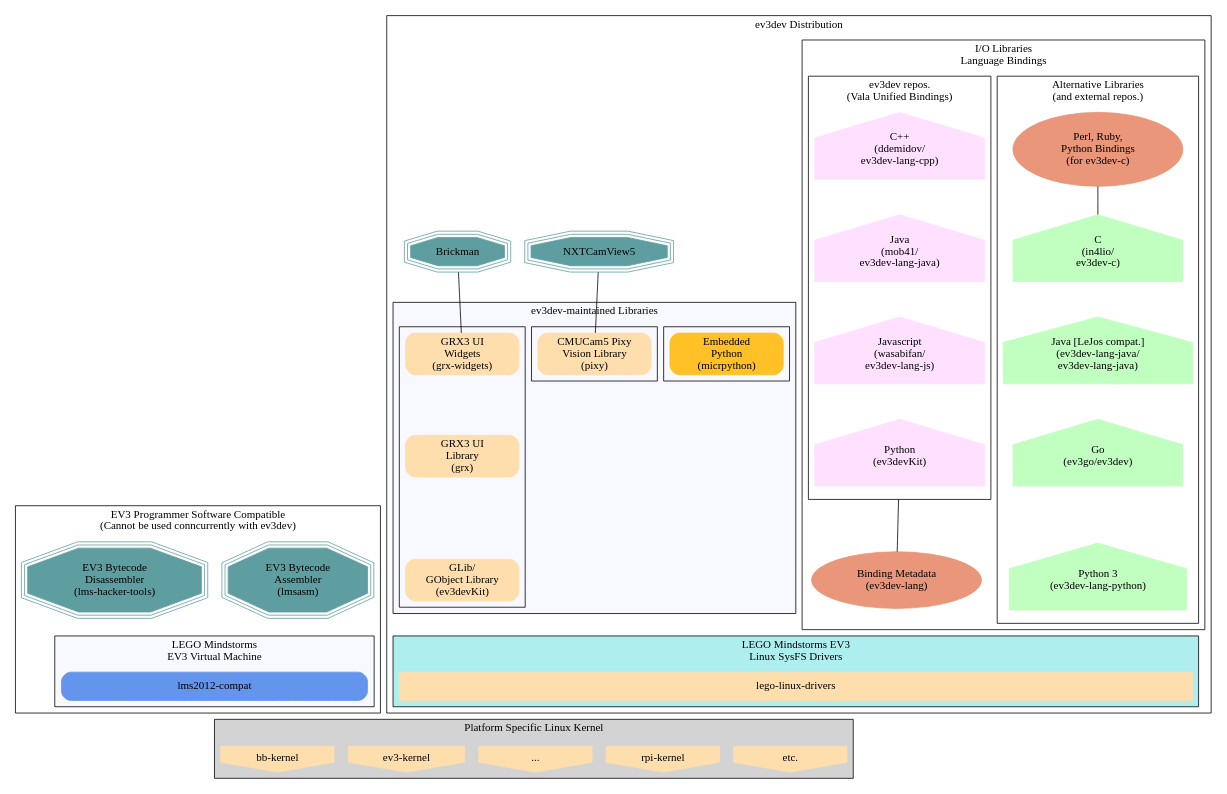
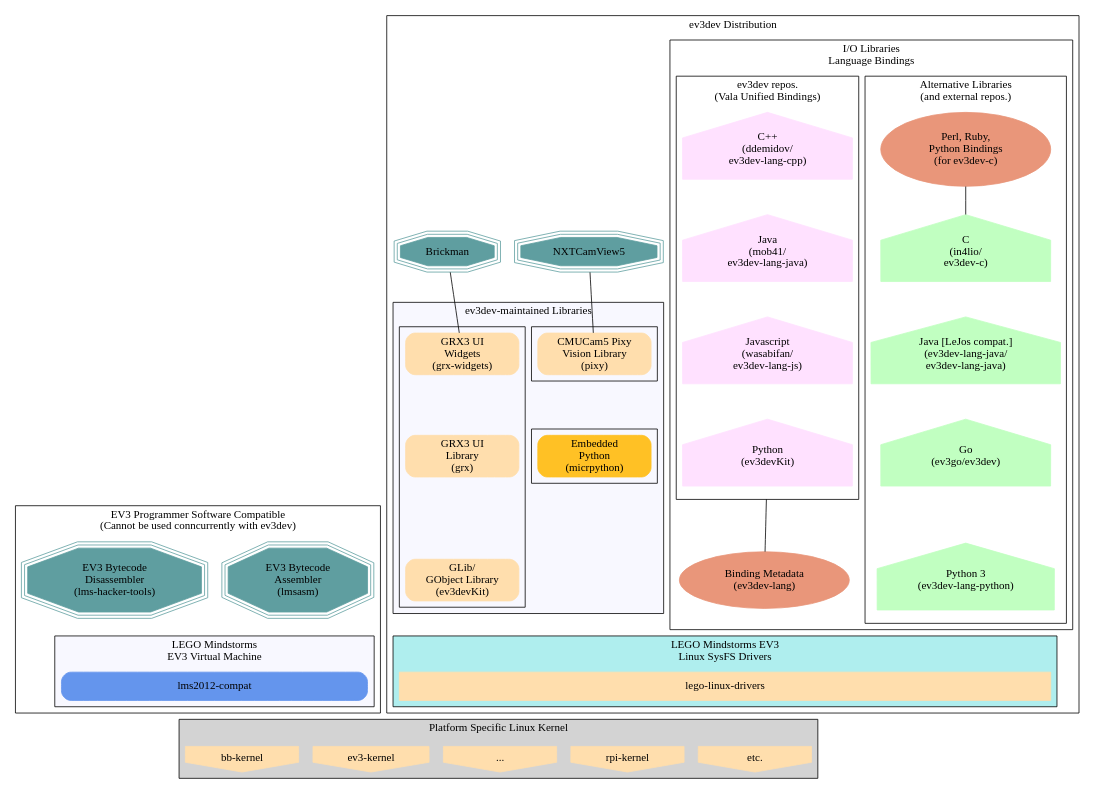
One commit to ev3dev/edu-docs changed the diagram in images/ev3dev-related-repositories.dot. Above: the diagram before and after it, drawn with Graphviz. The commit also changed 3 other files, not shown here.

```diff
--- a/images/ev3dev-related-repositories.dot
+++ b/images/ev3dev-related-repositories.dot
@@ -1,117 +1,117 @@
 graph G {
 	compound=true;
 	arrowType=none;
 	node [shape=rect];
 	edge [penwidth=0,minlen=1];
 
 
-	subgraph cluster_10 {
+	subgraph cluster_12 {
 		label = "EV3 Programmer Software Compatible\n(Cannot be used conncurrently with ev3dev)"
 		node [shape=tripleoctagon,style="filled",color=cadetblue,width=2.4];
 		"EV3 Bytecode\nAssembler\n(lmsasm)"; "EV3 Bytecode\nDisassembler\n(lms-hacker-tools)";
 
-		subgraph cluster_9 {
+		subgraph cluster_11 {
 			style=filled;
 			fillcolor=ghostwhite;
 			label="LEGO Mindstorms\nEV3 Virtual Machine";
 			node [shape=rect,style="filled,rounded",color=cornflowerblue,width=5.4];
 			"lms2012-compat";
 		};
 		{"EV3 Bytecode\nAssembler\n(lmsasm)" "EV3 Bytecode\nDisassembler\n(lms-hacker-tools)"}--"lms2012-compat";
 	};
 	
 	subgraph cluster_100 {
 		label = "ev3dev Distribution"
 
 		rank = same; 
 		node [shape=tripleoctagon,style="filled",color=cadetblue,width=1];
 		"NXTCamView5" "Brickman";
 
 
-		subgraph cluster_8 {
+		subgraph cluster_10 {
 			style=filled;
 			fillcolor=ghostwhite;
 			label="ev3dev-maintained Libraries";
 
 			subgraph cluster_5 {
 				label="";
 				node [shape=rect,style="filled,rounded",color=navajowhite,width=2];
-				"GRX3 UI\nWidgets\n(grx-widgets)"--"GRX3 UI\nLibrary\n(grx)"
-				--"GLib/\nGObject Library\n(ev3devKit)";
+				"GRX3 UI\nWidgets\n(grx-widgets)"--"GRX3 UI\nLibrary\n(grx)"--
+				"GLib/\nGObject Library\n(ev3devKit)";
+
 				edge [penwidth=1];
 			};
-			subgraph cluster_6 {
+
+			subgraph cluster_7 {
 				label="";
 				node [shape=rect,style="filled,rounded",color=navajowhite,width=2];
 				"CMUCam5 Pixy\nVision Library\n(pixy)";
 				edge [penwidth=1];
 			};
 
-			subgraph cluster_7 {
+			subgraph cluster_8 {
 				label="";
 				node [shape=rect,style="filled,rounded",color=goldenrod1,width=2];
 				"Embedded\nPython\n(micrpython)";
 				edge [penwidth=1];
 			};
-	
+			"CMUCam5 Pixy\nVision Library\n(pixy)"--"Embedded\nPython\n(micrpython)";
 		};
 
 		subgraph cluster_4 {
 			label="I/O Libraries\nLanguage Bindings";
 
 			subgraph cluster_3 {
 				label="Alternative Libraries\n(and external repos.)";
 				node [shape=house,style=filled,color=darkseagreen1,width=3,height=1.3];
 				"C\n(in4lio/\nev3dev-c)"-- 
 				"Java [LeJos compat.]\n(ev3dev-lang-java/\nev3dev-lang-java)"--
 				"Go\n(ev3go/ev3dev)"--
 				"Python 3\n(ev3dev-lang-python)";
 				node [shape=oval,style=filled,color=darksalmon,width=3,height=1.3];
 				edge [penwidth=1];
 				"Perl, Ruby,\nPython Bindings\n(for ev3dev-c)"--"C\n(in4lio/\nev3dev-c)";
 			}
 			subgraph cluster_2 {
 				label="ev3dev repos.\n(Vala Unified Bindings)";
 				node [shape=house,style=filled,color=thistle1,width=3,height=1.3];
 				"C++\n(ddemidov/\nev3dev-lang-cpp)"--"Java\n(mob41/\nev3dev-lang-java)"--
 				"Javascript\n(wasabifan/\nev3dev-lang-js)"--"Python\n(ev3devKit)";
 			};
 				node [shape=oval,style=filled,color=darksalmon,width=3,height=1];
 				"Binding Metadata\n(ev3dev-lang)";
 		};
 
 		subgraph cluster_1 {
 			label = "LEGO Mindstorms EV3\nLinux SysFS Drivers";
 			style=filled;
 			fillcolor=paleturquoise;
-			node [shape=rect,style=filled,color=navajowhite,width=14];
+			node [shape=rect,style=filled,color=navajowhite,width=11.5];
 			"lego-linux-drivers"
 
 		};
 
 	};
 	subgraph cluster_0 {
 		label = "Platform Specific Linux Kernel";
 		style=filled;
 		fillcolor=lightgrey;
 		node [style=filled,color=navajowhite, shape=invhouse,width=2];
 		rank = same; "etc."; "rpi-kernel"; "..."; "ev3-kernel"; "bb-kernel"; 
 	};
 
 	edge [penwidth=1];
 	"Brickman"--"GRX3 UI\nWidgets\n(grx-widgets)";
 	"NXTCamView5"--"CMUCam5 Pixy\nVision Library\n(pixy)";
 	"Python\n(ev3devKit)"--"Binding Metadata\n(ev3dev-lang)" [ltail=cluster_2];
 
 	edge [penwidth=0];
 	
 	"lego-linux-drivers"--"..." [ltail=cluster_1,lhead=cluster_0];
 
-	"GLib/\nGObject Library\n(ev3devKit)"--"lego-linux-drivers" [ltail=cluster_3,lhead=cluster_1];
 	"Binding Metadata\n(ev3dev-lang)"--"lego-linux-drivers" [ltail=cluster_2,lhead=cluster_1];
 	"GLib/\nGObject Library\n(ev3devKit)"--"lego-linux-drivers" [ltail=cluster_5,lhead=cluster_1];
-	"CMUCam5 Pixy\nVision Library\n(pixy)"--"lego-linux-drivers" [ltail=cluster_6,lhead=cluster_1];
-	"Embedded\nPython\n(micrpython)"--"lego-linux-drivers" [ltail=cluster_7,lhead=cluster_1];
+	"Embedded\nPython\n(micrpython)"--"lego-linux-drivers" [ltail=cluster_8,lhead=cluster_1];
 
 	"lms2012-compat"--"..." [ltail=cluster_10,lhead=cluster_0];
 }
```
